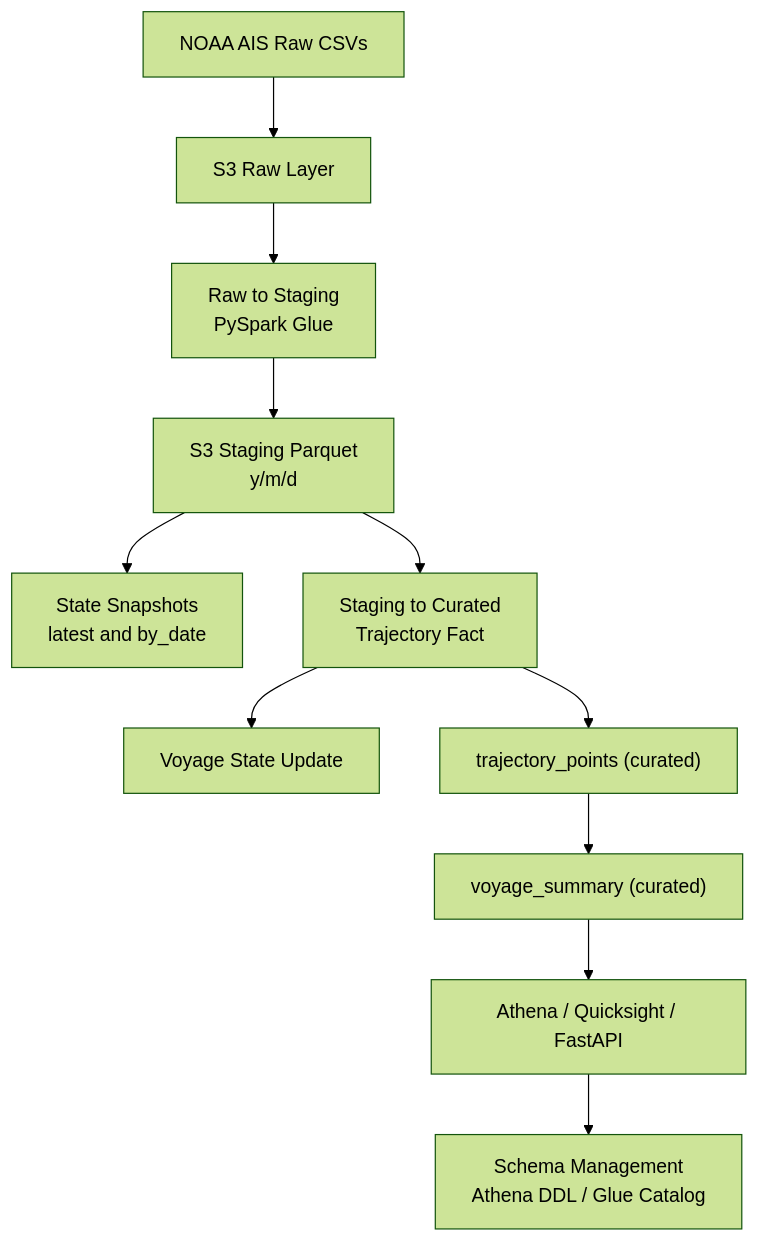
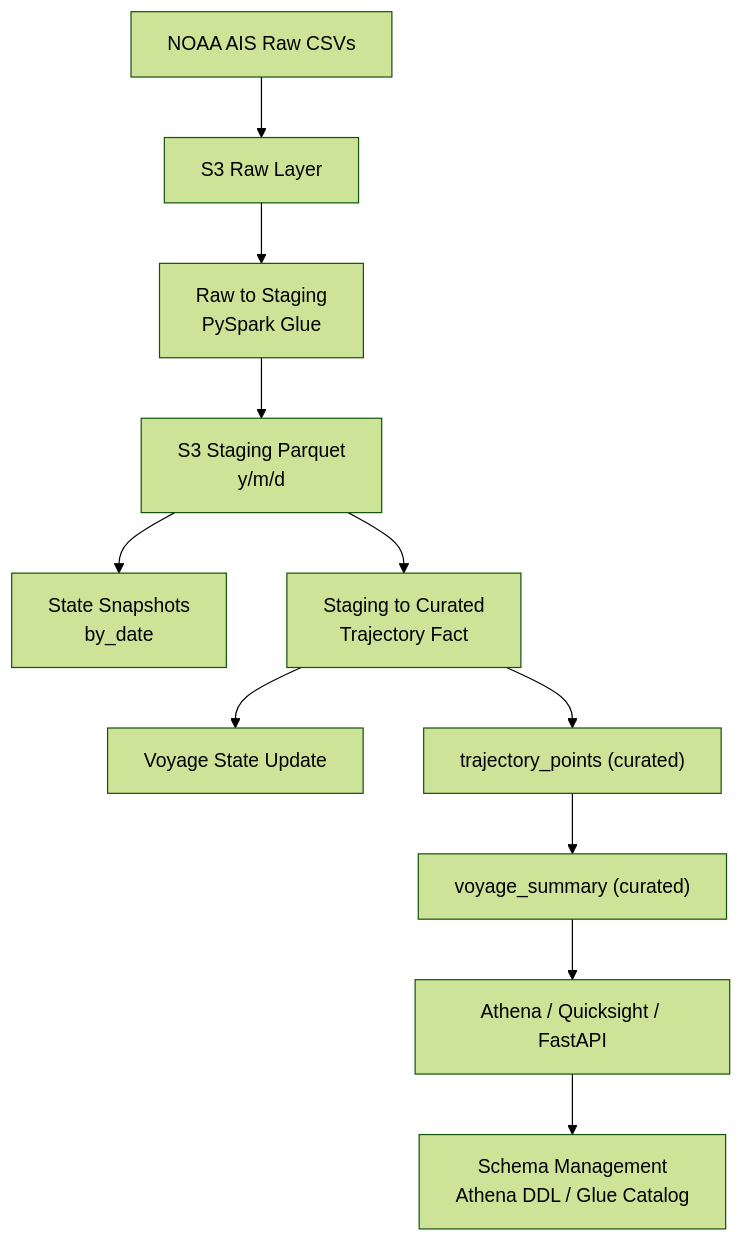
Before and after one commit to SivaPrasath26/noaa-ais-glue-lakehouse: the first of 3 diagrams in README.md, drawn with Mermaid (forest theme). The commit also changed other lines of this file and 4 other files, not shown here.

````diff
--- a/README.md
+++ b/README.md
@@ -15,26 +15,26 @@
 ```mermaid
 graph TD
     A["NOAA AIS Raw CSVs"] --> B["S3 Raw Layer"]
 
     B --> C["Raw to Staging
     PySpark Glue"]
 
     C --> D["S3 Staging Parquet
     y/m/d"]
 
     D --> E["State Snapshots
-    latest and by_date"]
+    by_date"]
     D --> F["Staging to Curated
     Trajectory Fact"]
 
     F --> G["Voyage State Update"]
     F --> H["trajectory_points (curated)"]
 
     H --> I["voyage_summary (curated)"]
 
     I --> J["Athena / Quicksight / FastAPI"]
 
     J --> K["Schema Management
     Athena DDL / Glue Catalog"]
 
 ```
````
